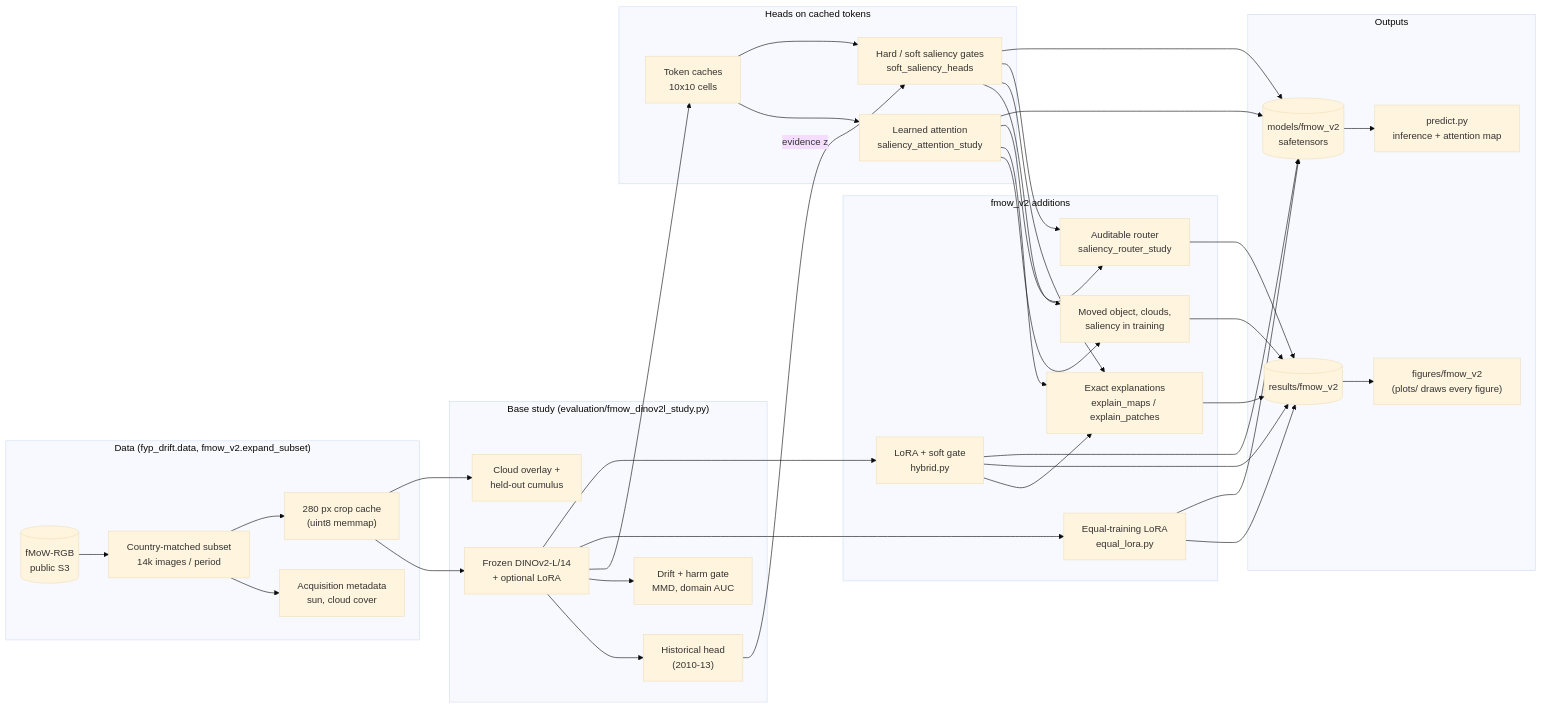
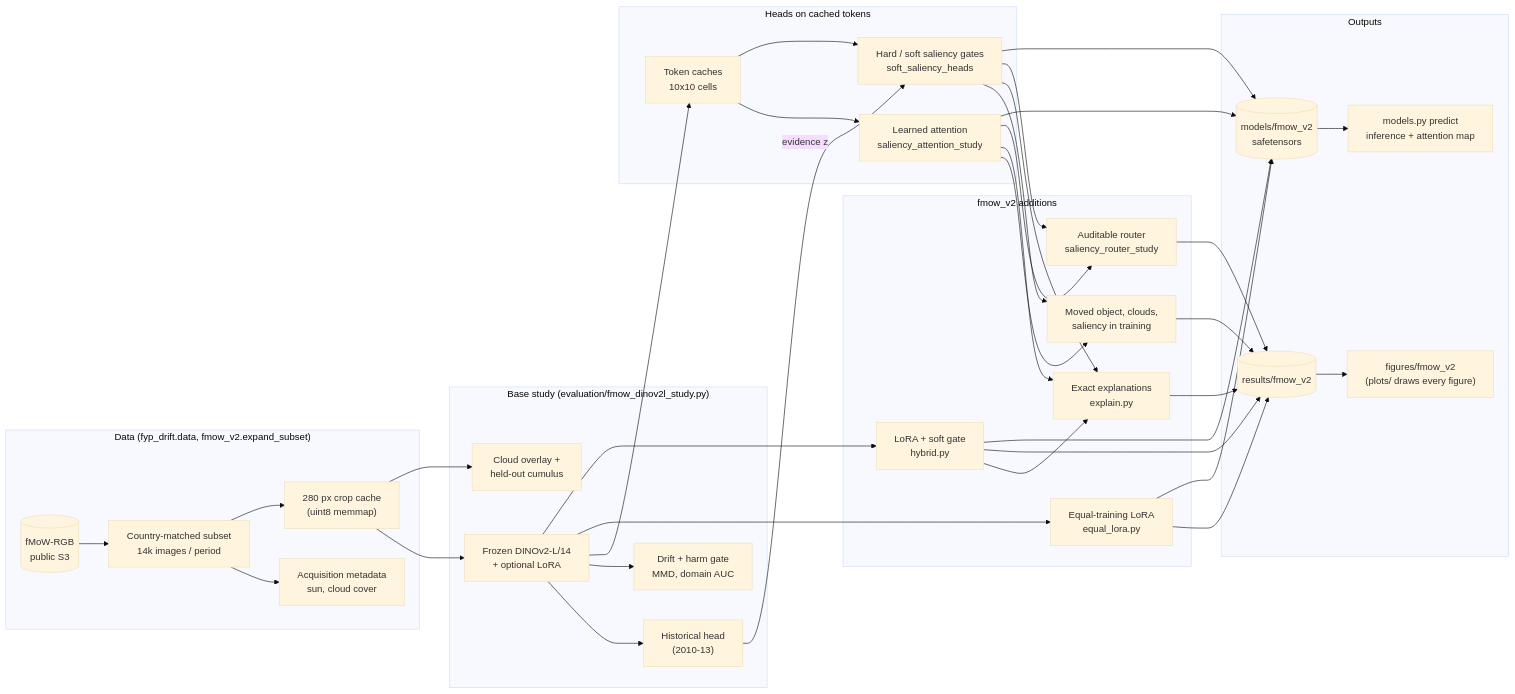
Before and after one commit to Rikhil-6/FYP: the diagram in docs/code_map.md, drawn with Mermaid (base theme). The commit also changed other lines of this file and 20 other files, not shown here.

Commit message:
Merge small helper scripts into the larger modules (tokens, explain, models CLI, method figures) and add figure titles

````diff
--- a/docs/code_map.md
+++ b/docs/code_map.md
@@ -8,33 +8,33 @@
 ```mermaid
 flowchart LR
     subgraph data["Data (fyp_drift.data, fmow_v2.expand_subset)"]
         S3[("fMoW-RGB<br/>public S3")] --> SUB["Country-matched subset<br/>14k images / period"]
         SUB --> META["Acquisition metadata<br/>sun, cloud cover"]
         SUB --> CACHE["280 px crop cache<br/>(uint8 memmap)"]
     end
     subgraph study["Base study (evaluation/fmow_dinov2l_study.py)"]
         CACHE --> BB["Frozen DINOv2-L/14<br/>+ optional LoRA"]
         BB --> HIST["Historical head<br/>(2010-13)"]
         BB --> DRIFT["Drift + harm gate<br/>MMD, domain AUC"]
         CACHE --> CLOUD["Cloud overlay +<br/>held-out cumulus"]
     end
     subgraph heads["Heads on cached tokens"]
         BB --> TOK["Token caches<br/>10x10 cells"]
         TOK --> ATT["Learned attention<br/>saliency_attention_study"]
         TOK --> SAL["Hard / soft saliency gates<br/>soft_saliency_heads"]
         HIST -->|"evidence z"| SAL
     end
     subgraph v2["fmow_v2 additions"]
         BB --> LORA["Equal-training LoRA<br/>equal_lora.py"]
         BB --> HYB["LoRA + soft gate<br/>hybrid.py"]
         ATT & SAL --> TESTS["Moved object, clouds,<br/>saliency in training"]
-        ATT & SAL & HYB --> EXPL["Exact explanations<br/>explain_maps / explain_patches"]
+        ATT & SAL & HYB --> EXPL["Exact explanations<br/>explain.py"]
         ATT & SAL --> ROUTE["Auditable router<br/>saliency_router_study"]
     end
     subgraph out["Outputs"]
         LORA & HYB & TESTS & EXPL & ROUTE --> RES[("results/fmow_v2")]
         RES --> FIG["figures/fmow_v2<br/>(plots/ draws every figure)"]
         ATT & SAL & LORA & HYB --> MOD[("models/fmow_v2<br/>safetensors")]
-        MOD --> PRED["predict.py<br/>inference + attention map"]
+        MOD --> PRED["models.py predict<br/>inference + attention map"]
     end
 ```
````
